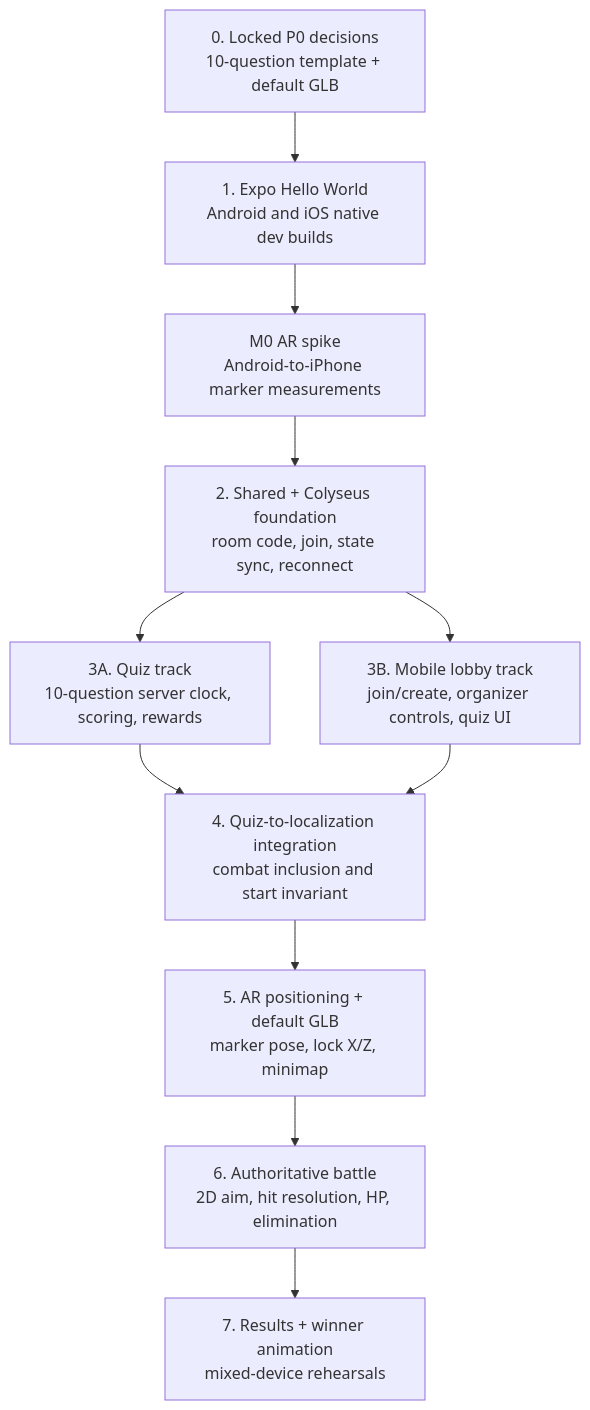
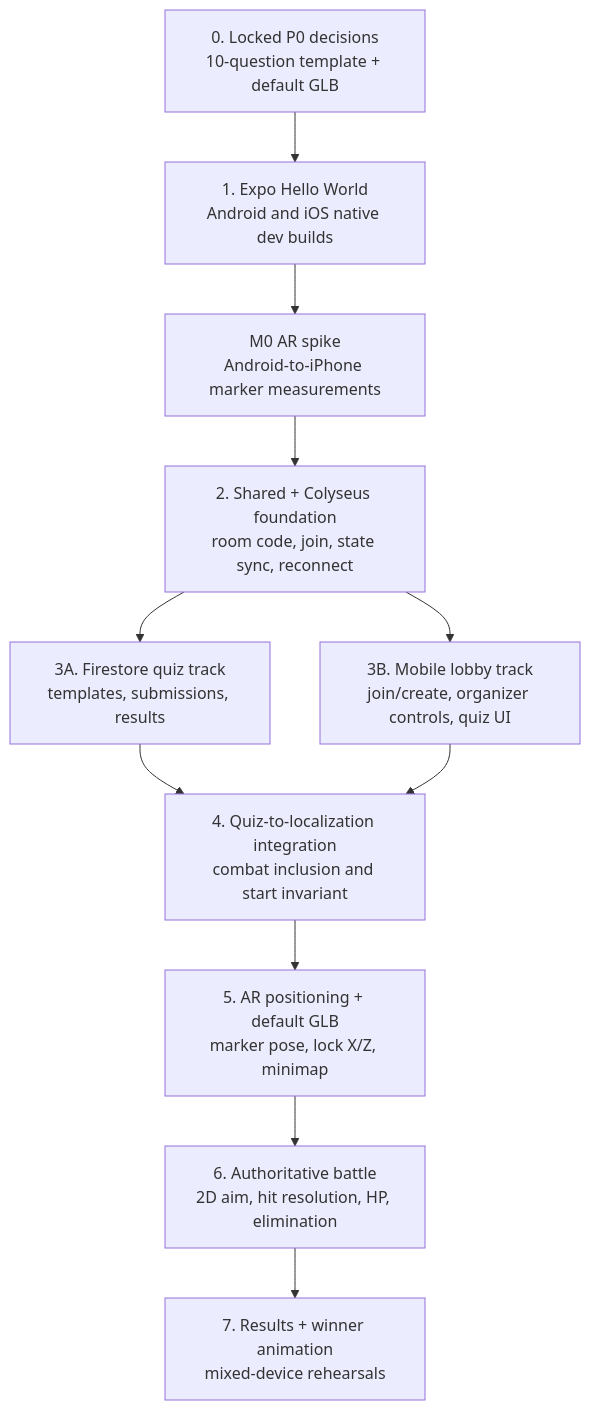
One commit to Vaibtan/CodexWars changed the diagram in docs/IMPLEMENTATION_PLAN.md. Above: the diagram before and after it, drawn with Mermaid. The commit also changed other lines of this file and 38 other files, not shown here.

Commit message:
feat: add Firestore quiz persistence

````diff
--- a/docs/IMPLEMENTATION_PLAN.md
+++ b/docs/IMPLEMENTATION_PLAN.md
@@ -25,20 +25,20 @@
 ```mermaid
 flowchart TD
     A["0. Locked P0 decisions<br/>10-question template + default GLB"]
     B["1. Expo Hello World<br/>Android and iOS native dev builds"]
     C["M0 AR spike<br/>Android-to-iPhone marker measurements"]
     D["2. Shared + Colyseus foundation<br/>room code, join, state sync, reconnect"]
-    E["3A. Quiz track<br/>10-question server clock, scoring, rewards"]
+    E["3A. Firestore quiz track<br/>templates, submissions, results"]
     F["3B. Mobile lobby track<br/>join/create, organizer controls, quiz UI"]
     G["4. Quiz-to-localization integration<br/>combat inclusion and start invariant"]
     H["5. AR positioning + default GLB<br/>marker pose, lock X/Z, minimap"]
     I["6. Authoritative battle<br/>2D aim, hit resolution, HP, elimination"]
     J["7. Results + winner animation<br/>mixed-device rehearsals"]
 
     A --> B --> C --> D
     D --> E
     D --> F
     E --> G
     F --> G
     G --> H --> I --> J
 ```
````
